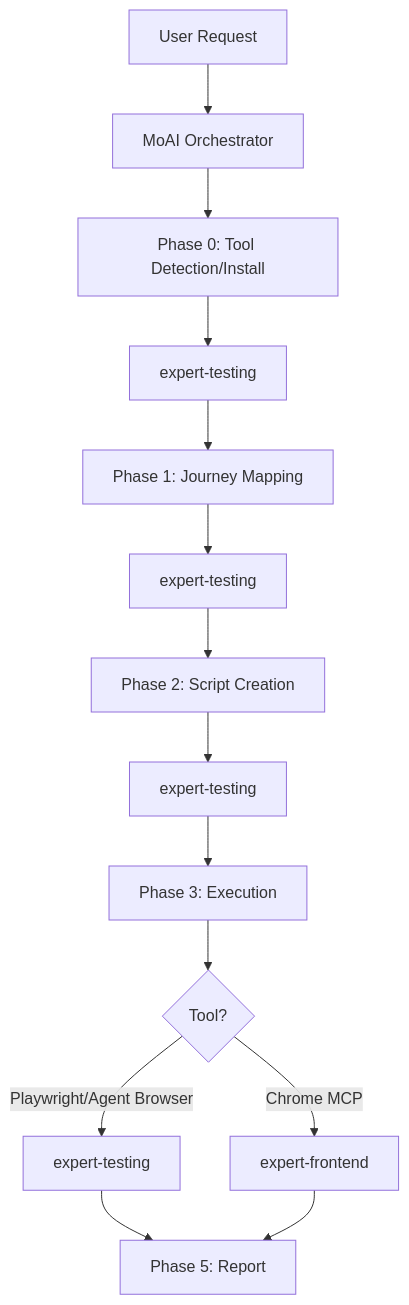
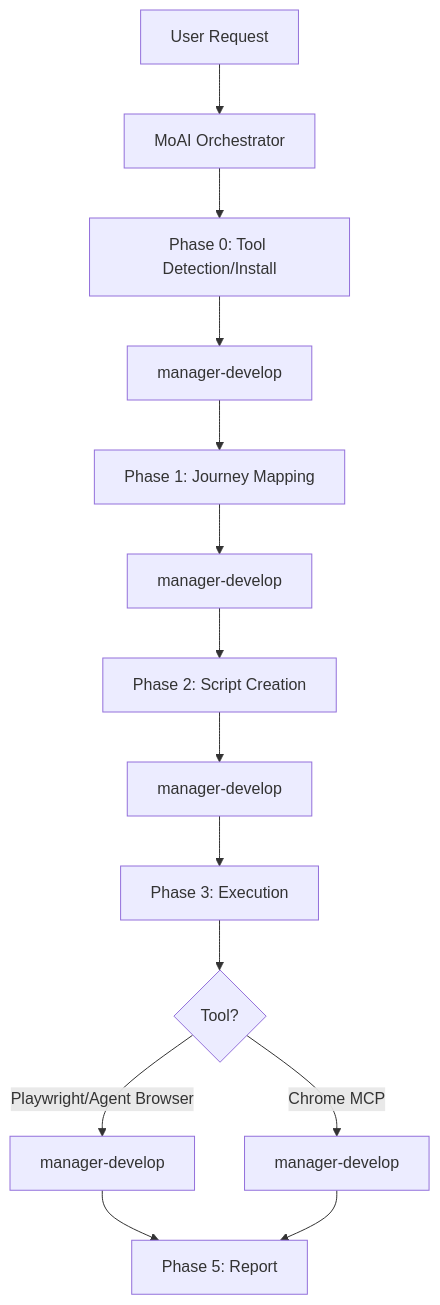
One commit to modu-ai/moai-adk changed the second of 2 diagrams in docs-site/content/en/quality-commands/moai-e2e.md. Above: the diagram before and after it, drawn with Mermaid. The commit also changed other lines of this file and 153 other files, not shown here.

````diff
--- a/docs-site/content/en/quality-commands/moai-e2e.md
+++ b/docs-site/content/en/quality-commands/moai-e2e.md
@@ -206,20 +206,20 @@
 ```mermaid
 flowchart TD
     User["User Request"] --> MoAI["MoAI Orchestrator"]
     MoAI --> Phase0["Phase 0: Tool Detection/Install"]
-    Phase0 --> Testing0["expert-testing"]
+    Phase0 --> Testing0["manager-develop"]
 
     Testing0 --> Phase1["Phase 1: Journey Mapping"]
-    Phase1 --> Testing1["expert-testing"]
+    Phase1 --> Testing1["manager-develop"]
 
     Testing1 --> Phase2["Phase 2: Script Creation"]
-    Phase2 --> Testing2["expert-testing"]
+    Phase2 --> Testing2["manager-develop"]
 
     Testing2 --> Phase3["Phase 3: Execution"]
     Phase3 --> Exec{"Tool?"}
-    Exec -->|Playwright/Agent Browser| Testing3["expert-testing"]
-    Exec -->|Chrome MCP| Frontend["expert-frontend"]
+    Exec -->|Playwright/Agent Browser| Testing3["manager-develop"]
+    Exec -->|Chrome MCP| Frontend["manager-develop"]
 
     Testing3 --> Phase5["Phase 5: Report"]
     Frontend --> Phase5
 ```
````
